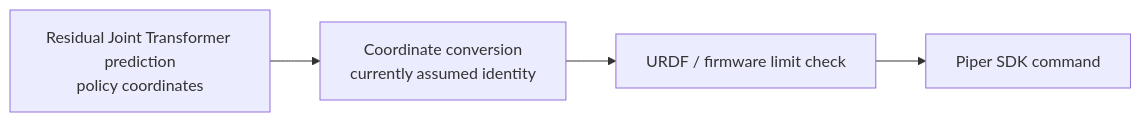
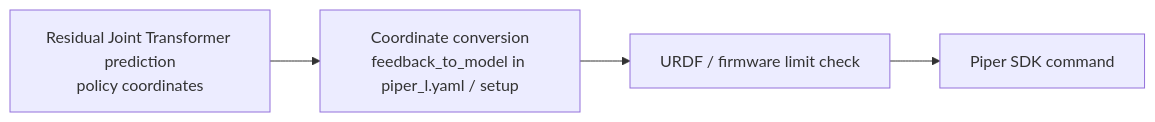
Before and after one commit to voniu/EgoVerse: the ninth of 9 diagrams in docs/piper_model_architecture_evolution.md, drawn with Mermaid. The commit also changed other lines of this file and 29 other files, not shown here.

````diff
--- a/docs/piper_model_architecture_evolution.md
+++ b/docs/piper_model_architecture_evolution.md
@@ -451,6 +437,6 @@
 ```mermaid
 flowchart LR
-    M[Residual Joint Transformer prediction<br/>policy coordinates] --> C[Coordinate conversion<br/>currently assumed identity]
+    M[Residual Joint Transformer prediction<br/>policy coordinates] --> C[Coordinate conversion<br/>feedback_to_model in piper_l.yaml / setup]
     C --> L[URDF / firmware limit check]
     L --> SDK[Piper SDK command]
 ```
````
